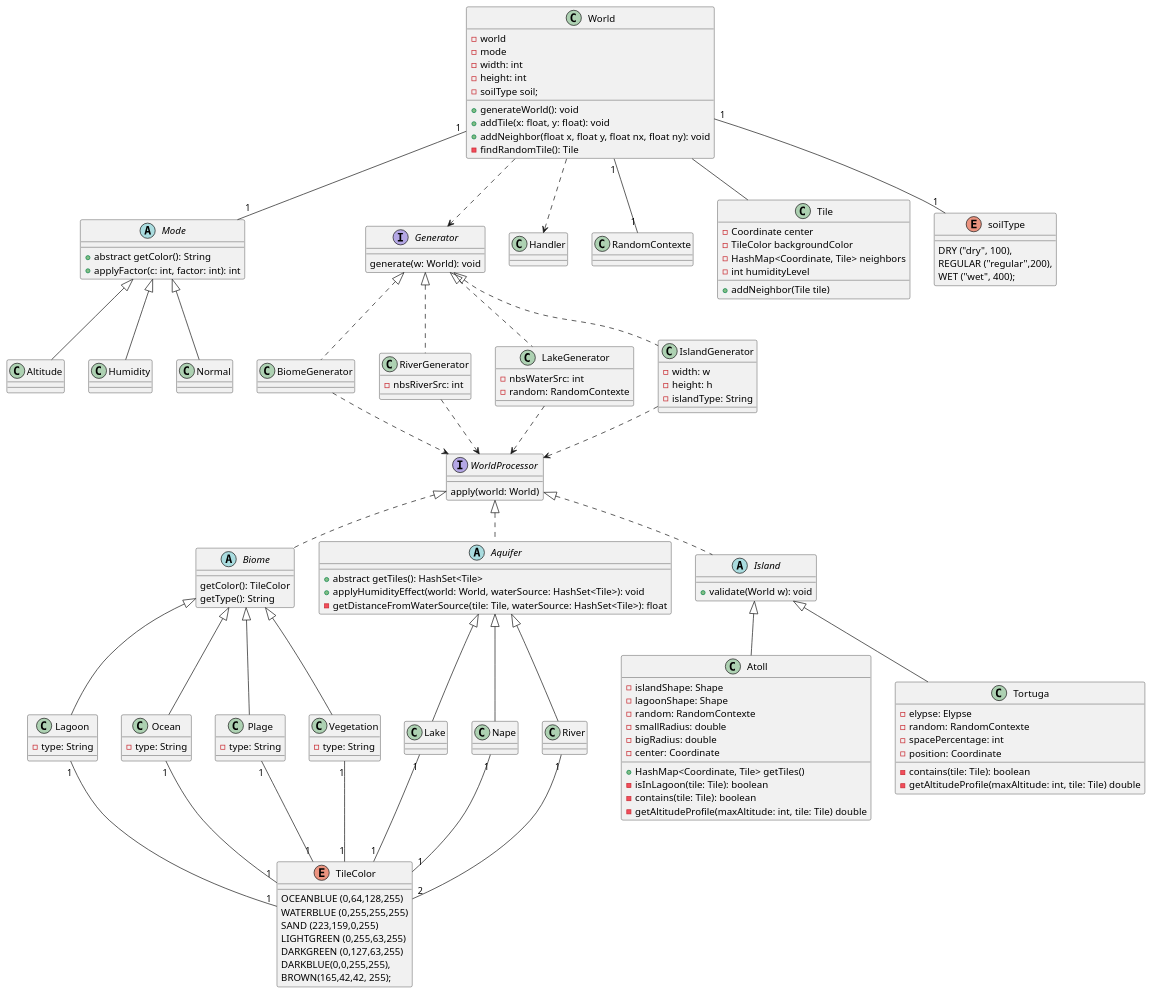
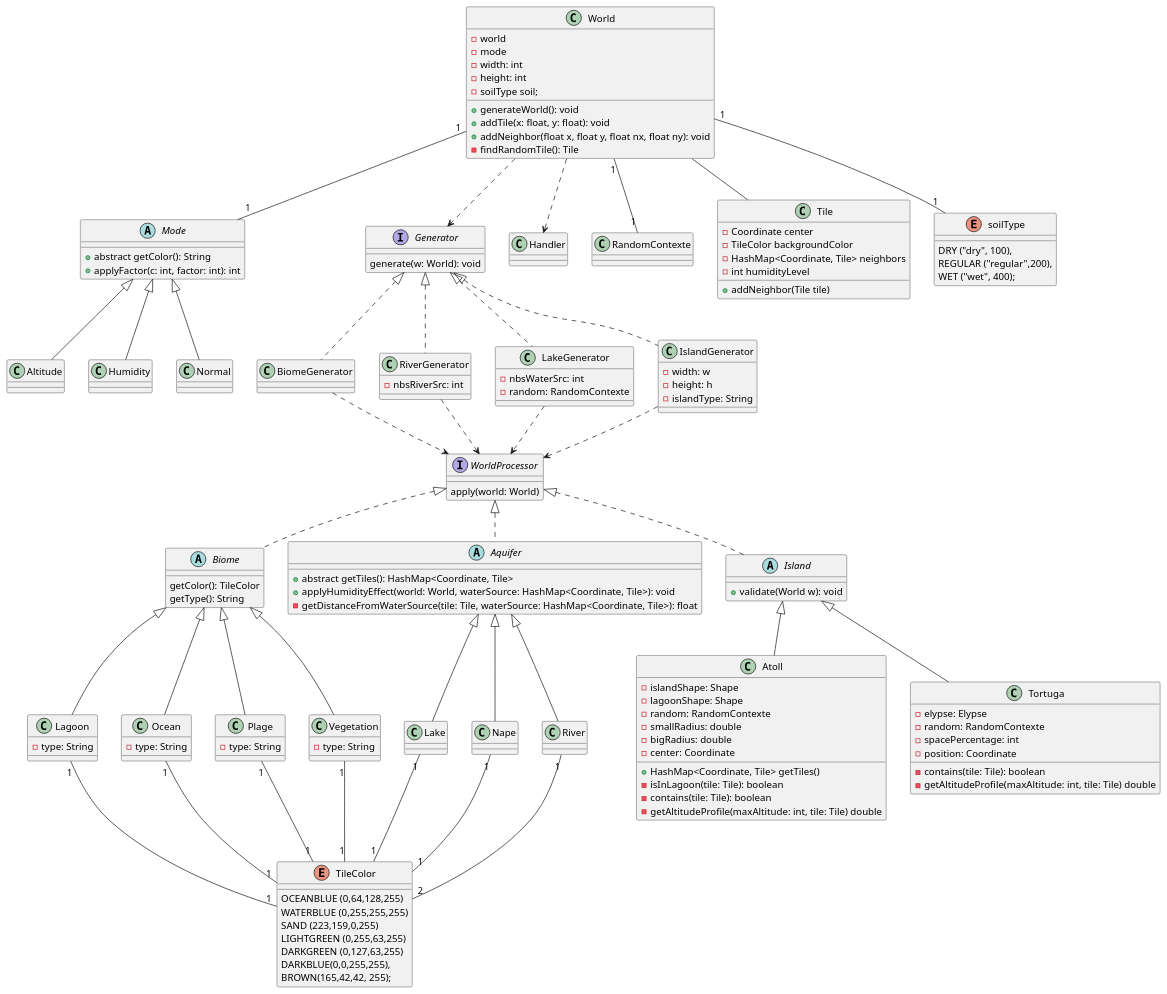
Before and after one commit to cryptoswarm/terrain-generator: the diagram in diagrammeDeClasse_map.puml, drawn with PlantUML. The commit also changed 13 other files, not shown here.

```diff
--- a/diagrammeDeClasse_map.puml
+++ b/diagrammeDeClasse_map.puml
@@ -1,196 +1,196 @@
 @startuml
 
 class World {
     - world
     - mode
     - width: int
     - height: int
     - soilType soil;
 
     + generateWorld(): void
     + addTile(x: float, y: float): void
     + addNeighbor(float x, float y, float nx, float ny): void
     - findRandomTile(): Tile
 }
 
 class Handler
 
 class RandomContexte
 
 Interface WorldProcessor {
     apply(world: World)
 }
 
 ''' Generator '''
 Interface Generator {
     generate(w: World): void
 }
 
 Class BiomeGenerator
 
 Class RiverGenerator {
     - nbsRiverSrc: int
 }
 
 Class LakeGenerator {
     - nbsWaterSrc: int
     - random: RandomContexte
 }
 
 Class IslandGenerator {
     - width: w
     - height: h
     - islandType: String
 }
 
 BiomeGenerator .up.|> Generator
 IslandGenerator .up.|> Generator
 RiverGenerator .up.|> Generator
 LakeGenerator .up.|> Generator
 
 
 
 ''' Island '''
 Abstract Island {
     + validate(World w): void
 }
 
 class Atoll {
     - islandShape: Shape
     - lagoonShape: Shape
     - random: RandomContexte
     - smallRadius: double
     - bigRadius: double
     - center: Coordinate
     + HashMap<Coordinate, Tile> getTiles()
     - isInLagoon(tile: Tile): boolean
     - contains(tile: Tile): boolean
     - getAltitudeProfile(maxAltitude: int, tile: Tile) double
 }
 
 Class Tortuga{
     - elypse: Elypse
     - random: RandomContexte
     - spacePercentage: int
     - position: Coordinate
     - contains(tile: Tile): boolean
     - getAltitudeProfile(maxAltitude: int, tile: Tile) double
 }
 
 Atoll -up-|> Island
 Tortuga -up-|> Island
 
 
 
 ''' Aquifer '''
 Abstract Aquifer {
-        + abstract getTiles(): HashSet<Tile>
-        + applyHumidityEffect(world: World, waterSource: HashSet<Tile>): void
-        - getDistanceFromWaterSource(tile: Tile, waterSource: HashSet<Tile>): float
+        + abstract getTiles(): HashMap<Coordinate, Tile>
+        + applyHumidityEffect(world: World, waterSource: HashMap<Coordinate, Tile>): void
+        - getDistanceFromWaterSource(tile: Tile, waterSource: HashMap<Coordinate, Tile>): float
 }
 
 class Lake
 
 class Nape
 
 Lake -up-|> Aquifer
 Nape -up-|> Aquifer
 River -up-|> Aquifer
 
 ''' Biome '''
 Abstract Biome {
     getColor(): TileColor
     getType(): String
 }
 
 class Lagoon {
     - type: String
 }
 
 class Ocean{
     - type: String
 }
 
 class Plage{
     - type: String
 }
 
 class Vegetation{
     - type: String
 }
 
 Vegetation -up-|> Biome
 Lagoon -up-|> Biome
 Ocean -up-|> Biome
 Plage -up-|> Biome
 
 ''' Mode '''
 
 Abstract Mode {
     + abstract getColor(): String
     + applyFactor(c: int, factor: int): int
 }
 
 class Altitude
 class Humidity
 class Normal
 
 Altitude -up-|> Mode
 Humidity -up-|> Mode
 Normal -up-|> Mode
 
 Class Tile{
     - Coordinate center
     - TileColor backgroundColor
     - HashMap<Coordinate, Tile> neighbors
     - int humidityLevel
     + addNeighbor(Tile tile)
 }
 
 Enum TileColor{
     OCEANBLUE (0,64,128,255)
     WATERBLUE (0,255,255,255)
     SAND (223,159,0,255)
     LIGHTGREEN (0,255,63,255)
     DARKGREEN (0,127,63,255)
     DARKBLUE(0,0,255,255),
     BROWN(165,42,42, 255);
 }
 
 Enum soilType {
     DRY ("dry", 100),
     REGULAR ("regular",200),
     WET ("wet", 400);
 }
 
 World -- Tile
 World ..> Generator
 World ..> Handler
 World "1" -- "1" soilType
 World "1" -- "1" RandomContexte
 World "1" -- "1" Mode
 
 Biome .up.|> WorldProcessor
 Island .up.|> WorldProcessor
 Aquifer .up.|> WorldProcessor
 
 
 BiomeGenerator ..> WorldProcessor
 IslandGenerator ..> WorldProcessor
 RiverGenerator ..> WorldProcessor
 LakeGenerator ..> WorldProcessor
 
 Lake "1" -- "1" TileColor
 Nape "1" -- "1" TileColor
 River "1" -- "2" TileColor
 
 Plage "1" -- "1" TileColor
 Ocean "1" -- "1" TileColor
 Vegetation "1" -- "1" TileColor
 Lagoon "1" -- "1" TileColor
 
 
 
 
 
 @enduml
```
